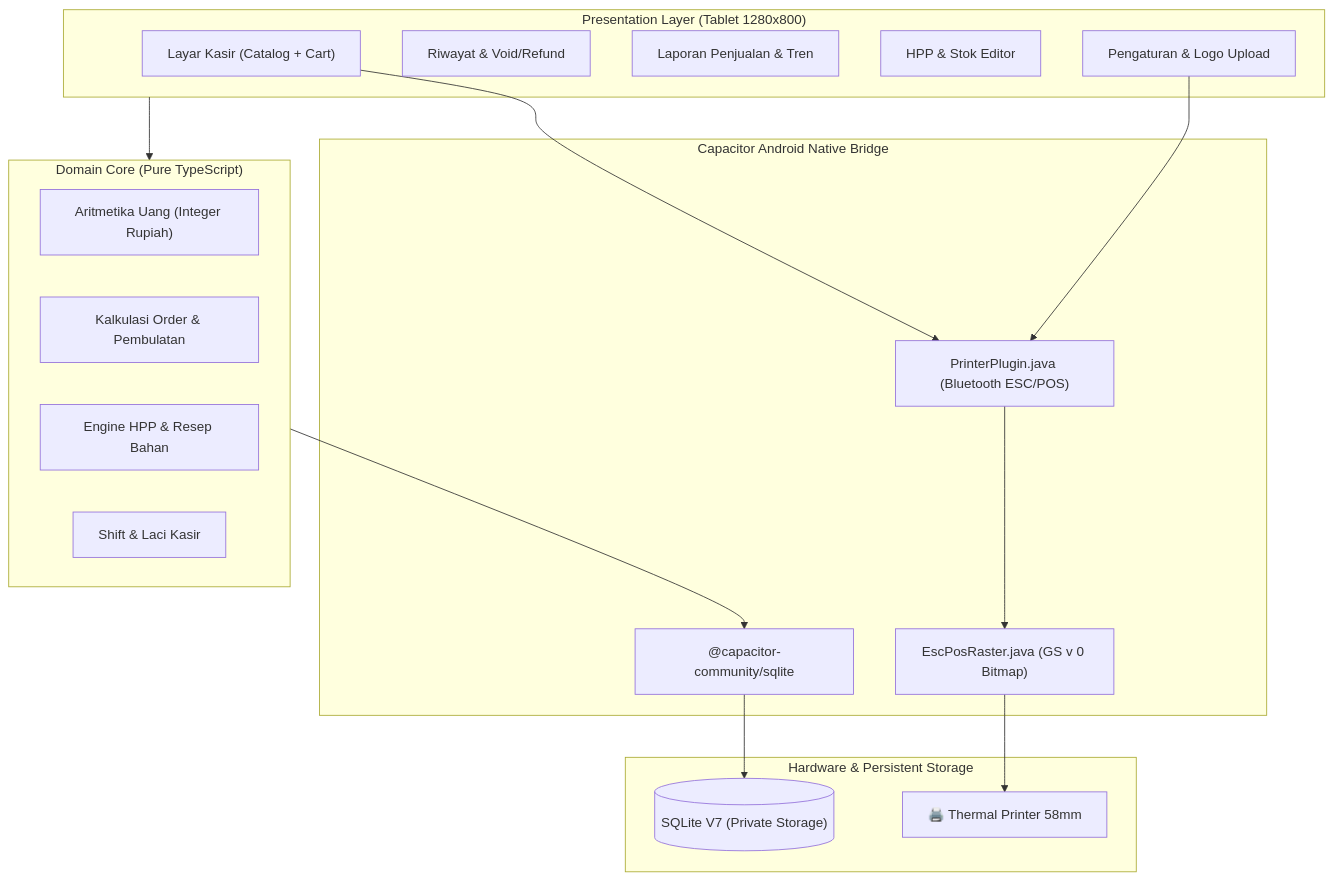
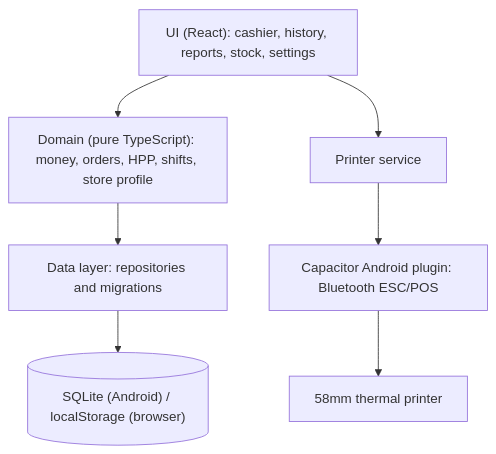
One commit to kianlabs/coffee-shop-pos changed the diagram in README.md. Above: the diagram before and after it, drawn with Mermaid. The commit also changed other lines of this file and 8 other files, not shown here.

````diff
--- a/README.md
+++ b/README.md
@@ -45,36 +90,9 @@
 ```mermaid
 flowchart TD
-    subgraph UI ["Presentation Layer (Tablet 1280x800)"]
-        Kasir["Layar Kasir (Catalog + Cart)"]
-        Riwayat["Riwayat & Void/Refund"]
-        Laporan["Laporan Penjualan & Tren"]
-        Admin["HPP & Stok Editor"]
-        Settings["Pengaturan & Logo Upload"]
-    end
-
-    subgraph Domain ["Domain Core (Pure TypeScript)"]
-        Money["Aritmetika Uang (Integer Rupiah)"]
-        Orders["Kalkulasi Order & Pembulatan"]
-        HPP["Engine HPP & Resep Bahan"]
-        Shifts["Shift & Laci Kasir"]
-    end
-
-    subgraph NativeBridge ["Capacitor Android Native Bridge"]
-        SQLitePlugin["@capacitor-community/sqlite"]
-        PrinterPlugin["PrinterPlugin.java (Bluetooth ESC/POS)"]
-        RasterEngine["EscPosRaster.java (GS v 0 Bitmap)"]
-    end
-
-    subgraph Storage ["Hardware & Persistent Storage"]
-        SQLiteDB[("SQLite V7 (Private Storage)")]
-        ThermalPrinter["🖨️ Thermal Printer 58mm"]
-    end
-
-    UI --> Domain
-    Domain --> SQLitePlugin
-    SQLitePlugin --> SQLiteDB
-    Settings --> PrinterPlugin
-    Kasir --> PrinterPlugin
-    PrinterPlugin --> RasterEngine
-    RasterEngine --> ThermalPrinter
+    UI["UI (React): cashier, history, reports, stock, settings"] --> Domain
+    Domain["Domain (pure TypeScript): money, orders, HPP, shifts, store profile"] --> Data
+    Data["Data layer: repositories and migrations"] --> SQLite[("SQLite (Android) / localStorage (browser)")]
+    UI --> Printer["Printer service"]
+    Printer --> Native["Capacitor Android plugin: Bluetooth ESC/POS"]
+    Native --> Thermal["58mm thermal printer"]
 ```
````
